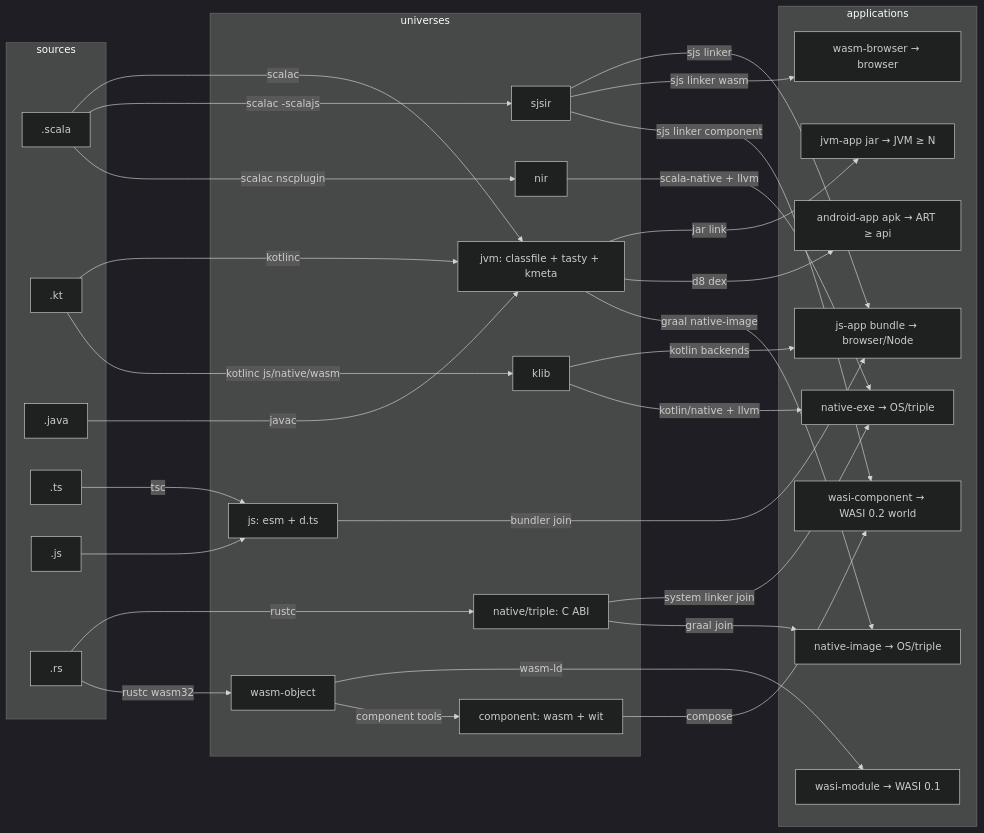
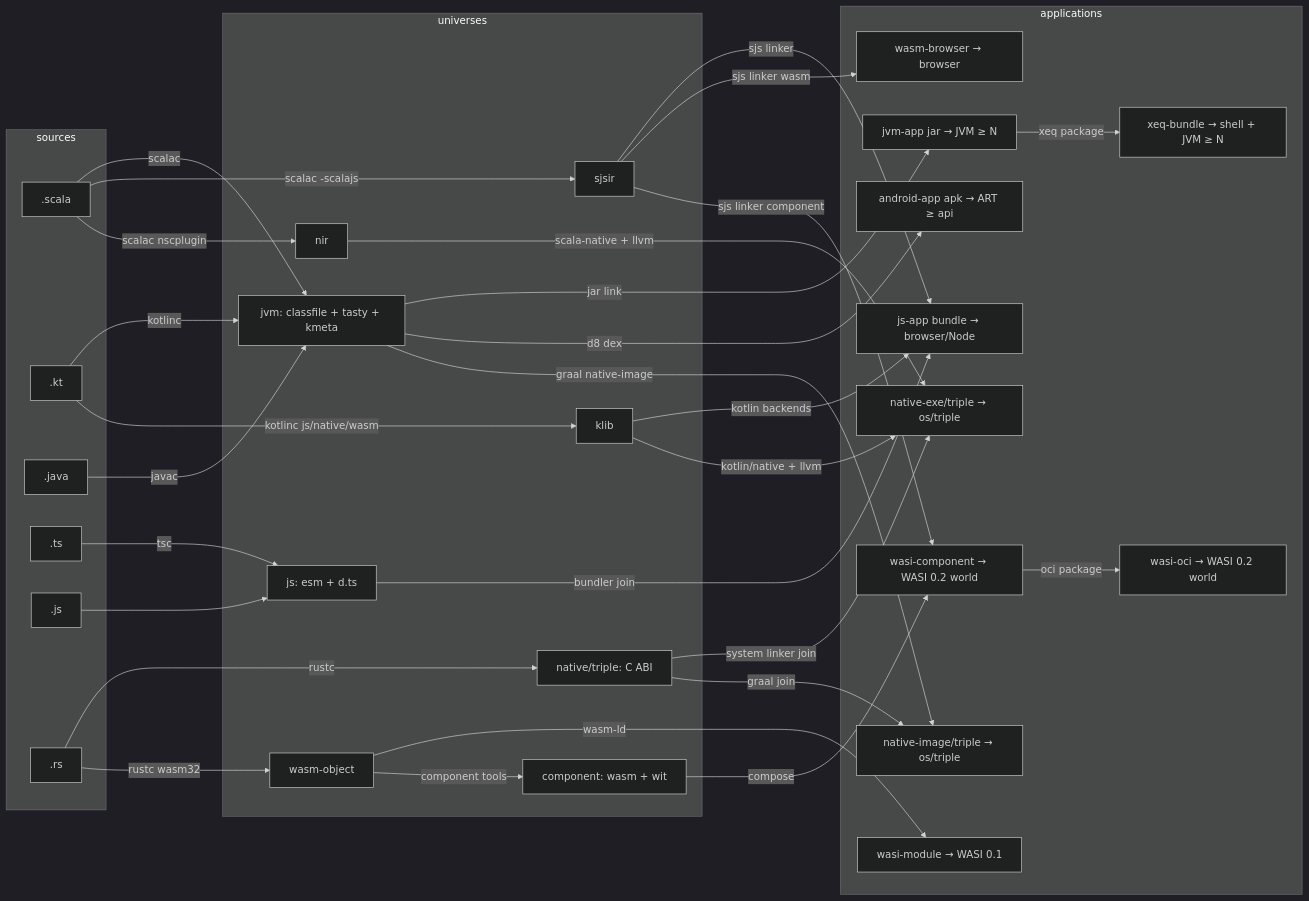
The diagram in design/universes.md (propensive/lira), drawn with Mermaid (dark theme) before and after one commit. The commit also changed other lines of this file and 1 other file, not shown here.

First line of the commit message:
Add packaged application types and the triple-parameterized native families

````diff
--- a/design/universes.md
+++ b/design/universes.md
@@ -126,55 +145,59 @@
 ```mermaid
 graph LR
   subgraph sources
     SCALA[.scala]; KT[.kt]; JAVA[.java]; TS[.ts]; JS_SRC[.js]; RS[.rs]
   end
 
   subgraph universes
     JVM[jvm: classfile + tasty + kmeta]
     SJSIR[sjsir]
     NIR[nir]
     JSU[js: esm + d.ts]
     KLIB[klib]
     COMP[component: wasm + wit]
     NATIVE[native/triple: C ABI]
     WOBJ[wasm-object]
   end
 
   subgraph applications
     JAR[jvm-app jar → JVM ≥ N]
     APK[android-app apk → ART ≥ api]
-    NIMG[native-image → OS/triple]
+    XEQ[xeq-bundle → shell + JVM ≥ N]
+    NIMG[native-image/triple → os/triple]
     JSAPP[js-app bundle → browser/Node]
     WASMB[wasm-browser → browser]
     WASI2[wasi-component → WASI 0.2 world]
+    WASIOCI[wasi-oci → WASI 0.2 world]
     WASI1[wasi-module → WASI 0.1]
-    EXE[native-exe → OS/triple]
+    EXE[native-exe/triple → os/triple]
   end
 
   SCALA -->|scalac| JVM
   SCALA -->|scalac -scalajs| SJSIR
   SCALA -->|scalac nscplugin| NIR
   KT -->|kotlinc| JVM
   KT -->|kotlinc js/native/wasm| KLIB
   JAVA -->|javac| JVM
   TS -->|tsc| JSU
   JS_SRC --> JSU
   RS -->|rustc| NATIVE
   RS -->|rustc wasm32| WOBJ
 
   JVM -->|jar link| JAR
   JVM -->|d8 dex| APK
   JVM -->|graal native-image| NIMG
+  JAR -->|xeq package| XEQ
   SJSIR -->|sjs linker| JSAPP
   SJSIR -->|sjs linker wasm| WASMB
   SJSIR -->|sjs linker component| WASI2
+  WASI2 -->|oci package| WASIOCI
   KLIB -->|kotlin backends| JSAPP
   KLIB -->|kotlin/native + llvm| EXE
   NIR -->|scala-native + llvm| EXE
   JSU -->|bundler join| JSAPP
   NATIVE -->|system linker join| EXE
   NATIVE -->|graal join| NIMG
   WOBJ -->|wasm-ld| WASI1
   WOBJ -->|component tools| COMP
   COMP -->|compose| WASI2
 ```
````
